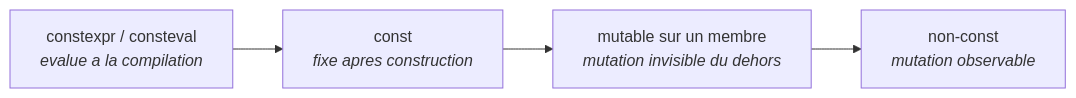
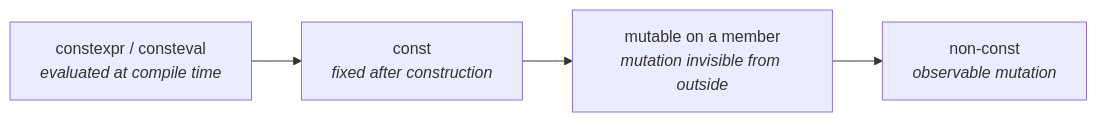
One commit to MasterLaplace/LplCraftSkills changed the second of 2 diagrams in skills/commencer-ferme/SKILL.md. Above: the diagram before and after it, drawn with Mermaid. The commit also changed other lines of this file and 16 other files, not shown here.

First line of the commit message:
docs: Mermaid diagram text moves to English, the prose stays French

````diff
--- a/skills/commencer-ferme/SKILL.md
+++ b/skills/commencer-ferme/SKILL.md
@@ -126,8 +126,8 @@
 ```mermaid
 flowchart LR
-  A["constexpr / consteval<br/><i>evalue a la compilation</i>"]
-  B["const<br/><i>fixe apres construction</i>"]
-  C["mutable sur un membre<br/><i>mutation invisible du dehors</i>"]
-  D["non-const<br/><i>mutation observable</i>"]
+  A["constexpr / consteval<br/><i>evaluated at compile time</i>"]
+  B["const<br/><i>fixed after construction</i>"]
+  C["mutable on a member<br/><i>mutation invisible from outside</i>"]
+  D["non-const<br/><i>observable mutation</i>"]
   A --> B --> C --> D
 ```
````
